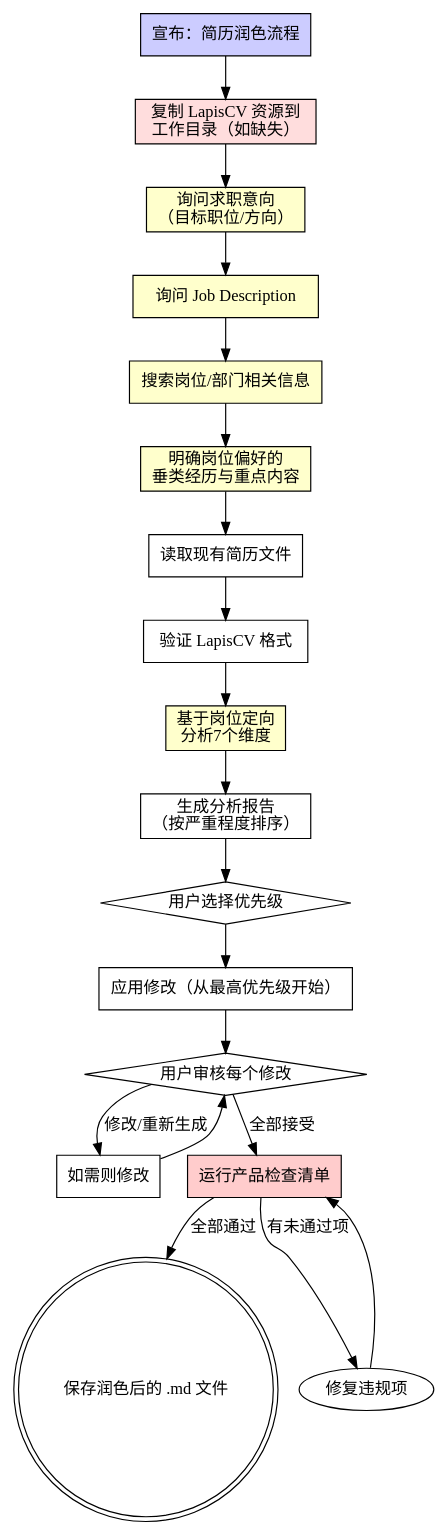
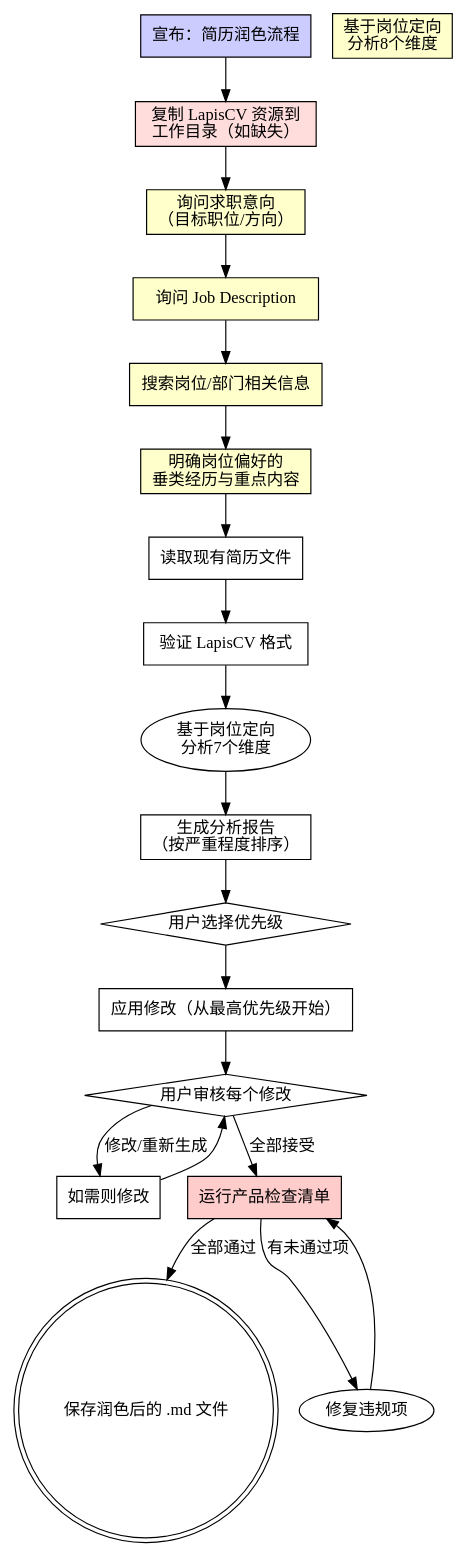
The diagram in skills/mokio-interview-skill/resume-polish.md (Wood-Q/Mokio-Interview-Skill), drawn with Graphviz before and after one commit. The commit also changed other lines of this file and 2 other files, not shown here.

````diff
--- a/skills/mokio-interview-skill/resume-polish.md
+++ b/skills/mokio-interview-skill/resume-polish.md
@@ -29,40 +29,40 @@
 ```dot
 digraph resume_polish {
     rankdir=TB;
     "宣布：简历润色流程" [shape=box, style=filled, fillcolor="#ccccff"];
     "复制 LapisCV 资源到\n工作目录（如缺失）" [shape=box, style=filled, fillcolor="#ffdddd"];
     "询问求职意向\n（目标职位/方向）" [shape=box, style=filled, fillcolor="#ffffcc"];
     "询问 Job Description" [shape=box, style=filled, fillcolor="#ffffcc"];
     "搜索岗位/部门相关信息" [shape=box, style=filled, fillcolor="#ffffcc"];
     "明确岗位偏好的\n垂类经历与重点内容" [shape=box, style=filled, fillcolor="#ffffcc"];
     "读取现有简历文件" [shape=box];
     "验证 LapisCV 格式" [shape=box];
-    "基于岗位定向\n分析7个维度" [shape=box, style=filled, fillcolor="#ffffcc"];
+    "基于岗位定向\n分析8个维度" [shape=box, style=filled, fillcolor="#ffffcc"];
     "生成分析报告\n（按严重程度排序）" [shape=box];
     "用户选择优先级" [shape=diamond];
     "应用修改（从最高优先级开始）" [shape=box];
     "用户审核每个修改" [shape=diamond];
     "如需则修改" [shape=box];
     "运行产品检查清单" [shape=box, style=filled, fillcolor="#ffcccc"];
     "保存润色后的 .md 文件" [shape=doublecircle];
 
     "宣布：简历润色流程" -> "复制 LapisCV 资源到\n工作目录（如缺失）";
     "复制 LapisCV 资源到\n工作目录（如缺失）" -> "询问求职意向\n（目标职位/方向）";
     "询问求职意向\n（目标职位/方向）" -> "询问 Job Description";
     "询问 Job Description" -> "搜索岗位/部门相关信息";
     "搜索岗位/部门相关信息" -> "明确岗位偏好的\n垂类经历与重点内容";
     "明确岗位偏好的\n垂类经历与重点内容" -> "读取现有简历文件";
     "读取现有简历文件" -> "验证 LapisCV 格式";
     "验证 LapisCV 格式" -> "基于岗位定向\n分析7个维度";
     "基于岗位定向\n分析7个维度" -> "生成分析报告\n（按严重程度排序）";
     "生成分析报告\n（按严重程度排序）" -> "用户选择优先级";
     "用户选择优先级" -> "应用修改（从最高优先级开始）";
     "应用修改（从最高优先级开始）" -> "用户审核每个修改";
     "用户审核每个修改" -> "如需则修改" [label="修改/重新生成"];
     "用户审核每个修改" -> "运行产品检查清单" [label="全部接受"];
     "如需则修改" -> "用户审核每个修改";
     "运行产品检查清单" -> "保存润色后的 .md 文件" [label="全部通过"];
     "运行产品检查清单" -> "修复违规项" [label="有未通过项"];
     "修复违规项" -> "运行产品检查清单";
 }
 ```
````
